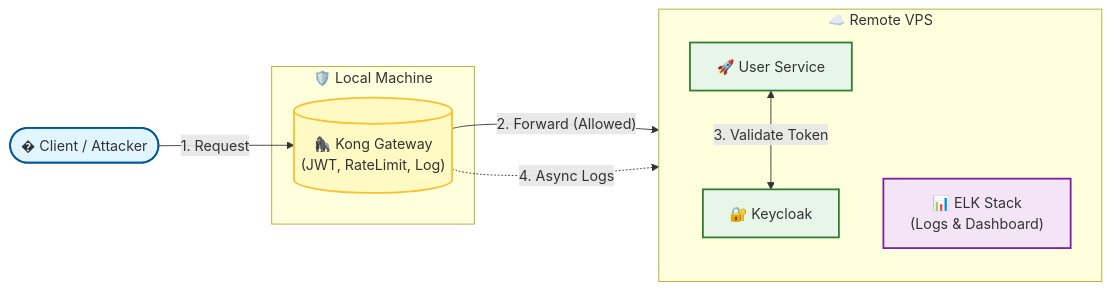
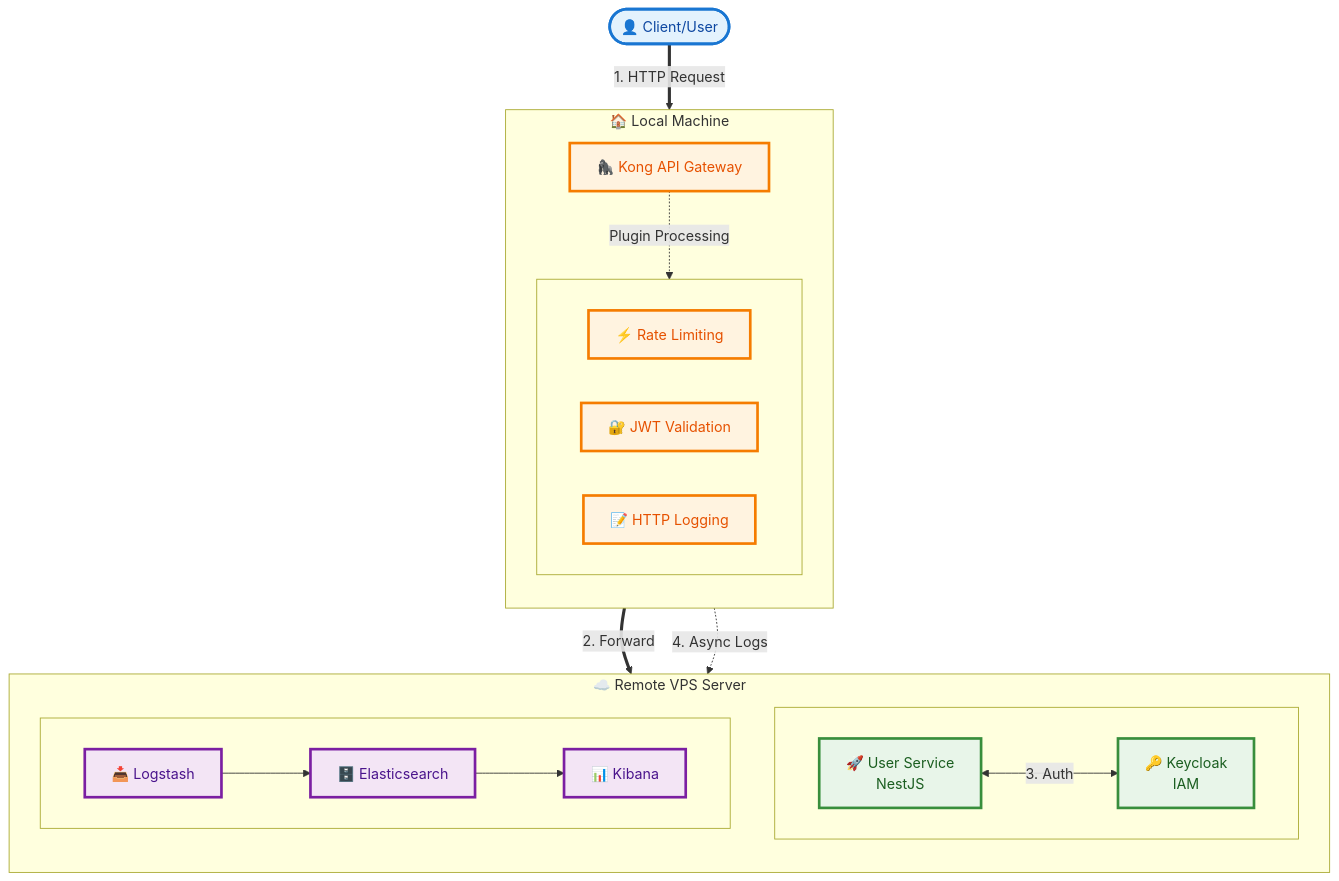
Before and after one commit to dungle03/apigw-elk-full: the first of 4 diagrams in README.md, drawn with Mermaid.

Commit message:
docs: Update README.md documentation.

````diff
--- a/README.md
+++ b/README.md
@@ -22,30 +22,50 @@
 ```mermaid
-flowchart LR
-    %% Define Styles
-    classDef client fill:#e1f5fe,stroke:#01579b,stroke-width:2px;
-    classDef gateway fill:#fff9c4,stroke:#fbc02d,stroke-width:2px;
-    classDef backend fill:#e8f5e9,stroke:#2e7d32,stroke-width:2px;
-    classDef monitor fill:#f3e5f5,stroke:#7b1fa2,stroke-width:2px;
+flowchart TD
+    %% Styling
+    classDef clientStyle fill:#e3f2fd,stroke:#1976d2,stroke-width:3px,color:#0d47a1
+    classDef localStyle fill:#fff3e0,stroke:#f57c00,stroke-width:3px,color:#e65100
+    classDef remoteStyle fill:#e8f5e9,stroke:#388e3c,stroke-width:3px,color:#1b5e20
+    classDef monitorStyle fill:#f3e5f5,stroke:#7b1fa2,stroke-width:3px,color:#4a148c
 
-    %% Nodes
-    User([� Client / Attacker]):::client
-    
-    subgraph Local ["🛡️ Local Machine"]
-        Kong[("🦍 Kong Gateway\n(JWT, RateLimit, Log)")]:::gateway
-    end
-    
-    subgraph VPS ["☁️ Remote VPS"]
+    %% Client Layer
+    Client([👤 Client/User]):::clientStyle
+
+    %% Local Machine Layer
+    subgraph Local ["🏠 Local Machine"]
         direction TB
-        App["🚀 User Service"]:::backend
-        Auth["🔐 Keycloak"]:::backend
-        ELK["📊 ELK Stack\n(Logs & Dashboard)"]:::monitor
+        Kong[🦍 Kong API Gateway]:::localStyle
+        
+        subgraph Plugins [" "]
+            direction LR
+            P1[⚡ Rate Limiting]:::localStyle
+            P2[🔐 JWT Validation]:::localStyle
+            P3[📝 HTTP Logging]:::localStyle
+        end
     end
 
-    %% Flows
-    User -->|"1. Request"| Kong
-    
-    Kong -->|"2. Forward (Allowed)"| App
-    Kong -.->|"4. Async Logs"| ELK
-    
-    App <-->|"3. Validate Token"| Auth
+    %% Remote VPS Layer
+    subgraph Remote ["☁️ Remote VPS Server"]
+        direction TB
+        
+        subgraph Backend [" "]
+            direction LR
+            UserSvc[🚀 User Service<br/>NestJS]:::remoteStyle
+            KC[🔑 Keycloak<br/>IAM]:::remoteStyle
+        end
+        
+        subgraph ELK [" "]
+            direction LR
+            LS[📥 Logstash]:::monitorStyle
+            ES[🗄️ Elasticsearch]:::monitorStyle
+            KB[📊 Kibana]:::monitorStyle
+        end
+    end
+
+    %% Flow Connections
+    Client ==>|1. HTTP Request| Kong
+    Kong -.->|Plugin Processing| Plugins
+    Kong ==>|2. Forward| UserSvc
+    UserSvc <-->|3. Auth| KC
+    Kong -.->|4. Async Logs| LS
+    LS --> ES --> KB
 ```
````
